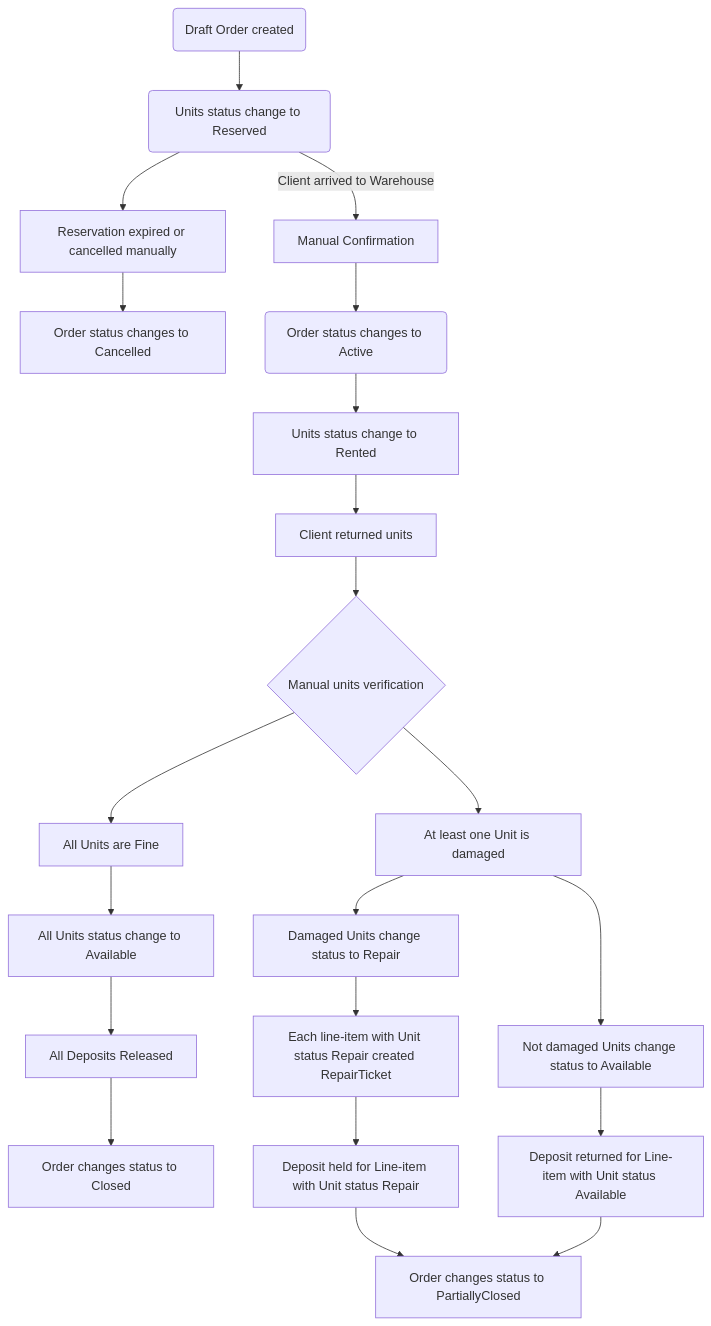
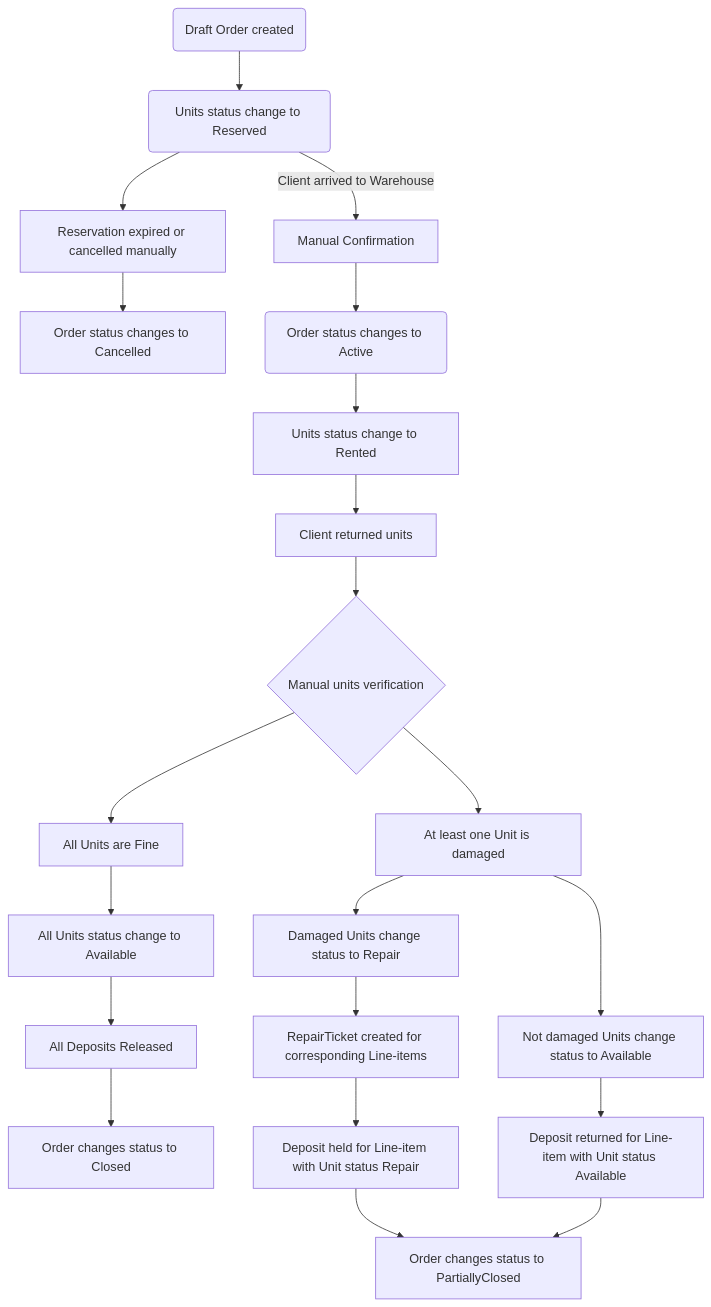
One commit to Diamko94/rentals1 changed the diagram in Flowchart.md. Above: the diagram before and after it, drawn with Mermaid.

````diff
--- a/Flowchart.md
+++ b/Flowchart.md
@@ -1,31 +1,31 @@
 ```mermaid
 flowchart TD
 
     %% Бронироваие
     A(Draft Order created) --> B(Units status change to Reserved)
 
     %% Выдача
     B --> |Client arrived to Warehouse| I[Manual Confirmation]
     B --> E[Reservation expired or cancelled manually]
     E --> F[Order status changes to Cancelled]
     I --> J(Order status changes to Active)
 
     %% Возврат
     J --> X[Units status change to Rented]
     X --> K[Client returned units]
     K --> L{Manual units verification}
     L --> M[All Units are Fine] 
     M --> N[All Units status change to Available]
     L --> O[At least one Unit is damaged]
     O --> P[Damaged Units change status to Repair]
-    P --> R[Each line-item with Unit status Repair created RepairTicket]
+    P --> R[RepairTicket created for corresponding Line-items]
     O --> T[Not damaged Units change status to Available]
 
     %% Расчет
     N --> Q[All Deposits Released]
     Q --> V[Order changes status to Closed]
     R --> S[Deposit held for Line-item with Unit status Repair]
     T --> U[Deposit returned for Line-item with Unit status Available]
     S --> W[Order changes status to PartiallyClosed]
     U --> W[Order changes status to PartiallyClosed]
 ```
````
